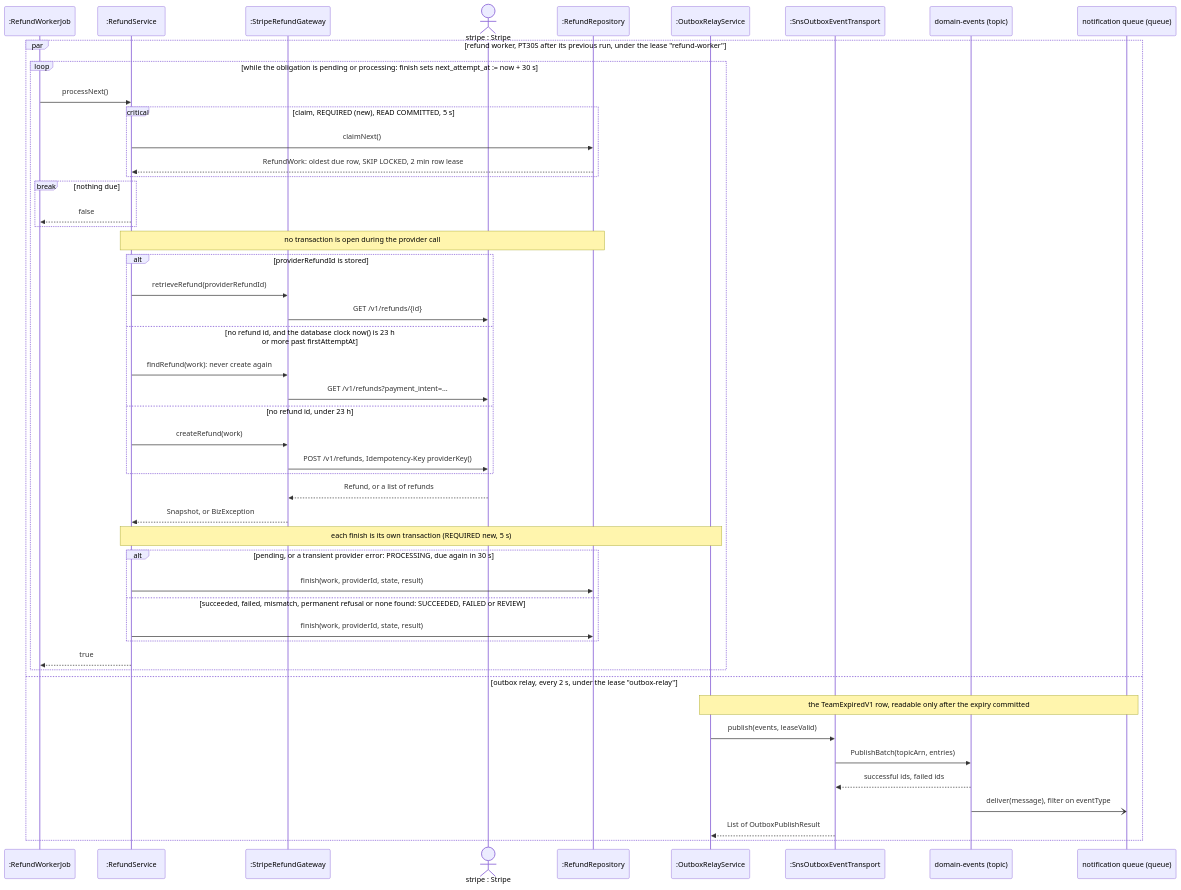
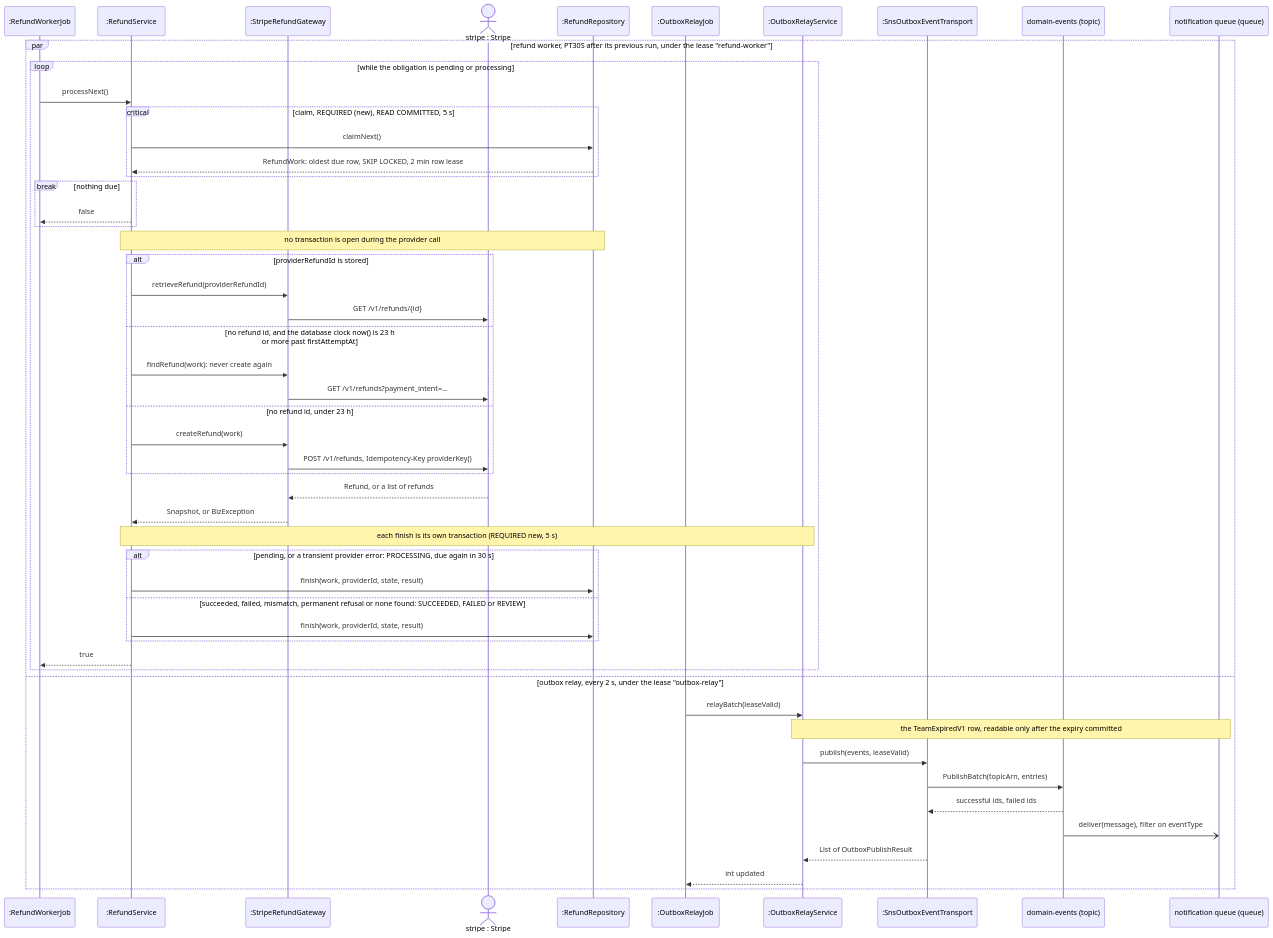
The diagram in docs/swe5001/report/diagrams/appendix-a/src/d14b-refund-retry.mmd (PPsyrius/iss-groupbuy-team8), drawn with Mermaid before and after one commit. The commit also changed 8 other files, not shown here.

First line of the commit message:
docs(report): §3.2.4 analysis views, flows of events and four-part strategies (#462)

```diff
--- a/docs/swe5001/report/diagrams/appendix-a/src/d14b-refund-retry.mmd
+++ b/docs/swe5001/report/diagrams/appendix-a/src/d14b-refund-retry.mmd
@@ -1,51 +1,54 @@
 %% frame: After the expiry: refund retries and event delivery (design)
 sequenceDiagram
     participant Job as :RefundWorkerJob
     participant Svc as :RefundService
     participant GW as :StripeRefundGateway
     actor Stripe as stripe : Stripe
     participant Repo as :RefundRepository
+    participant RJob as :OutboxRelayJob
     participant Relay as :OutboxRelayService
     participant T as :SnsOutboxEventTransport
     participant Topic as domain-events (topic)
     participant Q as notification queue (queue)
 
     par refund worker, PT30S after its previous run, under the lease "refund-worker"
-        loop while the obligation is pending or processing: finish sets next_attempt_at := now + 30 s
+        loop while the obligation is pending or processing
             Job->>Svc: processNext()
             critical claim, REQUIRED (new), READ COMMITTED, 5 s
                 Svc->>Repo: claimNext()
                 Repo-->>Svc: RefundWork: oldest due row, SKIP LOCKED, 2 min row lease
             end
             break nothing due
                 Svc-->>Job: false
             end
             Note over Svc,Repo: no transaction is open during the provider call
             alt providerRefundId is stored
                 Svc->>GW: retrieveRefund(providerRefundId)
                 GW->>Stripe: GET /v1/refunds/{id}
             else no refund id, and the database clock now() is 23 h or more past firstAttemptAt
                 Svc->>GW: findRefund(work): never create again
                 GW->>Stripe: GET /v1/refunds?payment_intent=…
             else no refund id, under 23 h
                 Svc->>GW: createRefund(work)
                 GW->>Stripe: POST /v1/refunds, Idempotency-Key providerKey()
             end
             Stripe-->>GW: Refund, or a list of refunds
             GW-->>Svc: Snapshot, or BizException
             Note over Svc,Relay: each finish is its own transaction (REQUIRED new, 5 s)
             alt pending, or a transient provider error: PROCESSING, due again in 30 s
                 Svc->>Repo: finish(work, providerId, state, result)
             else succeeded, failed, mismatch, permanent refusal or none found: SUCCEEDED, FAILED or REVIEW
                 Svc->>Repo: finish(work, providerId, state, result)
             end
             Svc-->>Job: true
         end
     and outbox relay, every 2 s, under the lease "outbox-relay"
+        RJob->>Relay: relayBatch(leaseValid)
         Note over Relay,Q: the TeamExpiredV1 row, readable only after the expiry committed
         Relay->>T: publish(events, leaseValid)
         T->>Topic: PublishBatch(topicArn, entries)
         Topic-->>T: successful ids, failed ids
         Topic-)Q: deliver(message), filter on eventType
         T-->>Relay: List of OutboxPublishResult
+        Relay-->>RJob: int updated
     end
```
